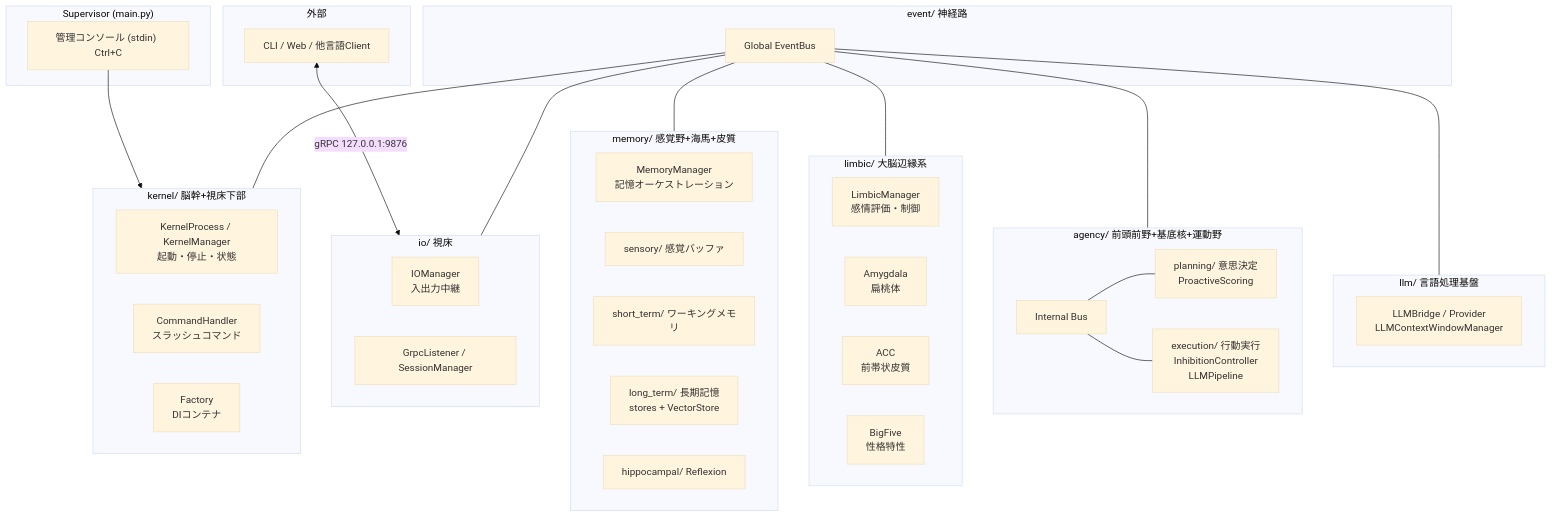
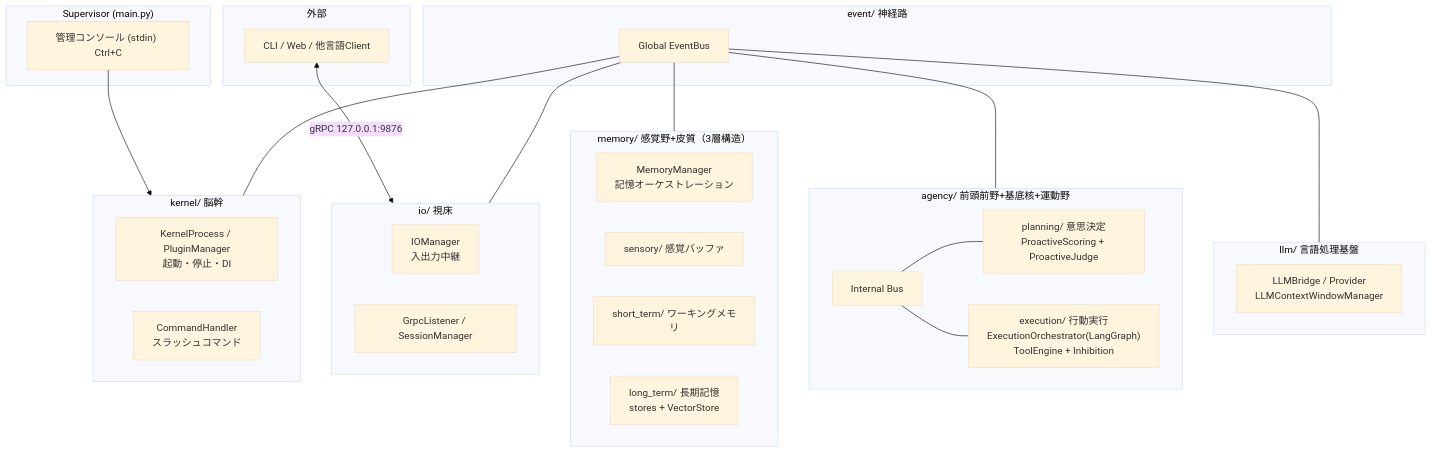
One commit to ibukani/iris-mind changed the first of 2 diagrams in README.md. Above: the diagram before and after it, drawn with Mermaid (base theme). The commit also changed other lines of this file and 359 other files, not shown here.

````diff
--- a/README.md
+++ b/README.md
@@ -109,53 +107,44 @@
 ```mermaid
 flowchart TD
     subgraph Supervisor["Supervisor (main.py)"]
         Console["管理コンソール (stdin)  Ctrl+C"]
     end
-    subgraph Kernel["kernel/ 脳幹+視床下部"]
-        KP["KernelProcess / KernelManager<br/>起動・停止・状態"]
+    subgraph Kernel["kernel/ 脳幹"]
+        KP["KernelProcess / PluginManager<br/>起動・停止・DI"]
         CMD["CommandHandler<br/>スラッシュコマンド"]
-        DI["Factory<br/>DIコンテナ"]
     end
     subgraph IO["io/ 視床"]
         IO_M["IOManager<br/>入出力中継"]
         GRPC["GrpcListener / SessionManager"]
     end
-    subgraph Memory["memory/ 感覚野+海馬+皮質"]
+    subgraph Memory["memory/ 感覚野+皮質（3層構造）"]
         MM["MemoryManager<br/>記憶オーケストレーション"]
         SEN["sensory/ 感覚バッファ"]
         STM["short_term/ ワーキングメモリ"]
         LTM["long_term/ 長期記憶<br/>stores + VectorStore"]
-        HIP["hippocampal/ Reflexion"]
-    end
-    subgraph Limbic["limbic/ 大脳辺縁系"]
-        LM["LimbicManager<br/>感情評価・制御"]
-        AMY["Amygdala<br/>扁桃体"]
-        ACC["ACC<br/>前帯状皮質"]
-        BF["BigFive<br/>性格特性"]
     end
     subgraph Agency["agency/ 前頭前野+基底核+運動野"]
         IB["Internal Bus"]
-        PL["planning/ 意思決定<br/>ProactiveScoring"]
-        EX["execution/ 行動実行<br/>InhibitionController<br/>LLMPipeline"]
+        PL["planning/ 意思決定<br/>ProactiveScoring + ProactiveJudge"]
+        EX["execution/ 行動実行<br/>ExecutionOrchestrator(LangGraph)<br/>ToolEngine + Inhibition"]
     end
     subgraph LLM["llm/ 言語処理基盤"]
         LB["LLMBridge / Provider<br/>LLMContextWindowManager"]
     end
     subgraph Event["event/ 神経路"]
         EB["Global EventBus"]
     end
     subgraph External["外部"]
         CLI["CLI / Web / 他言語Client"]
     end
 
     Console --> Kernel
     CLI <-->|gRPC 127.0.0.1:9876| IO
     EB --- IO
     EB --- Memory
-    EB --- Limbic
     EB --- Agency
     EB --- Kernel
     EB --- LLM
     IB --- PL
     IB --- EX
 ```
````
